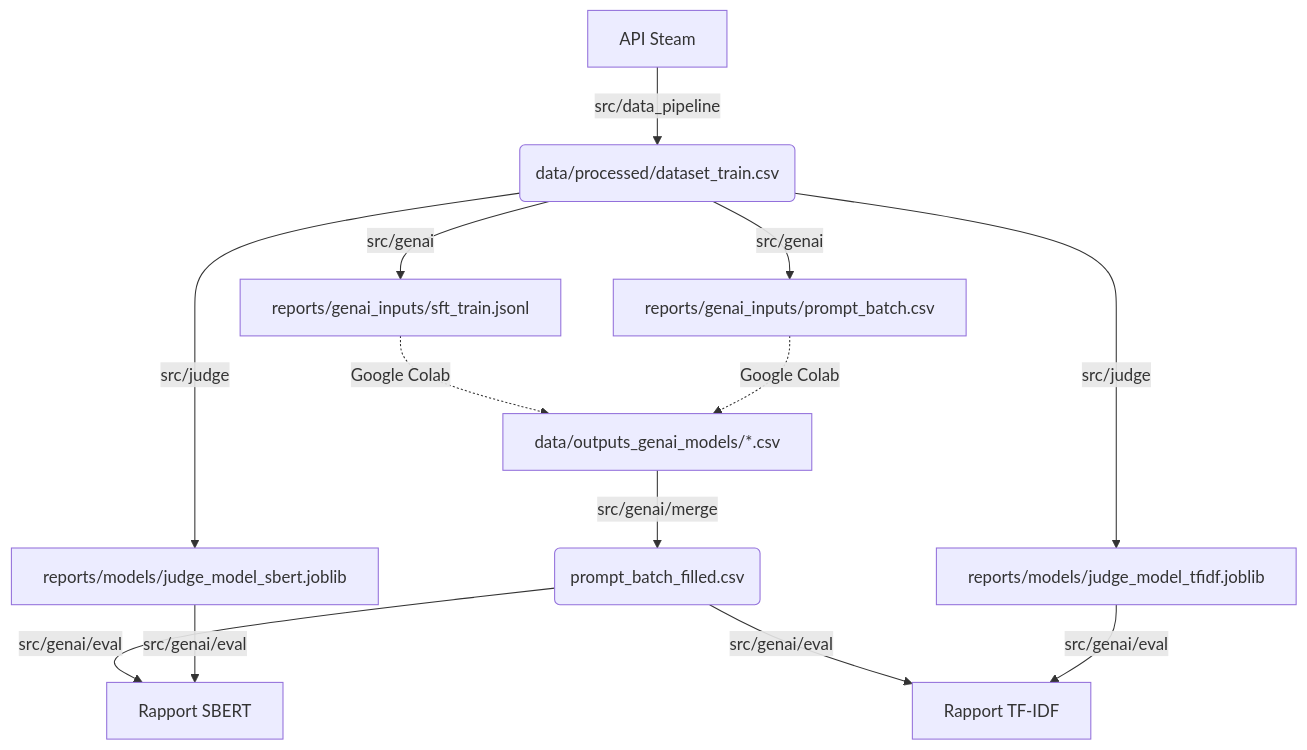
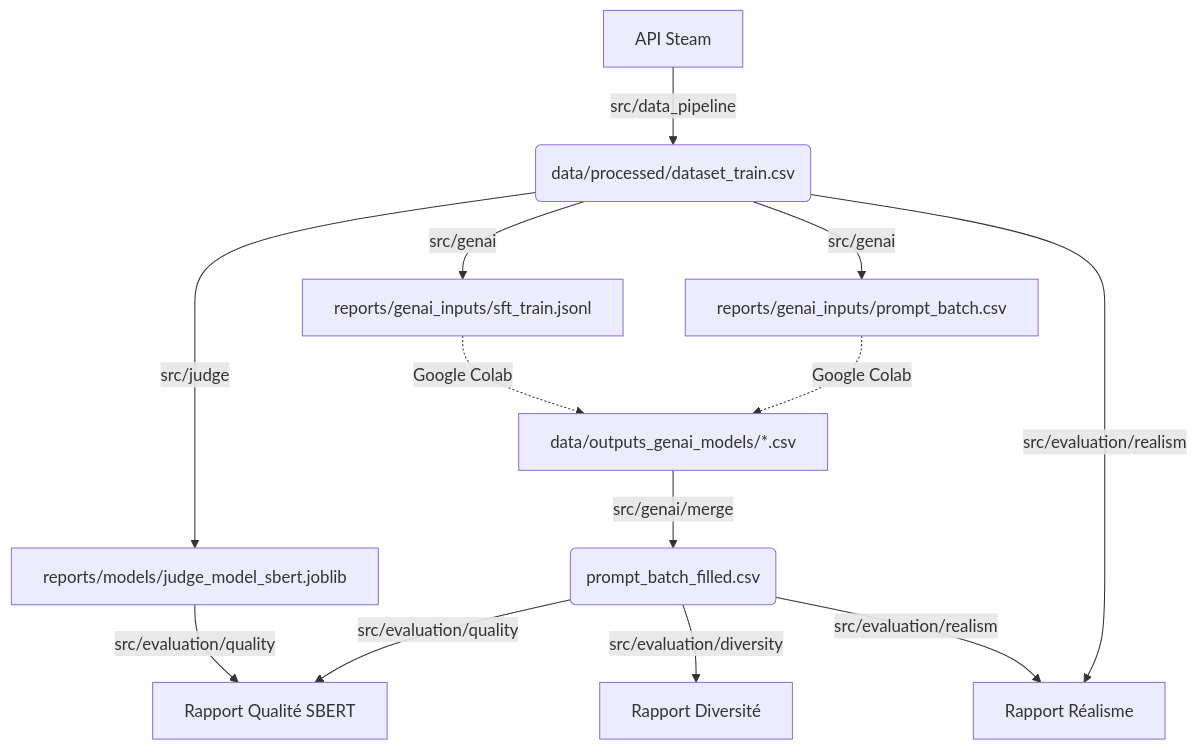
The diagram in src/USAGE.md (mlang789/steam-project), drawn with Mermaid before and after one commit. The commit also changed other lines of this file and 58 other files, not shown here.

````diff
--- a/src/USAGE.md
+++ b/src/USAGE.md
@@ -167,17 +229,17 @@
 ```mermaid
 graph TD
     A[API Steam] -->|src/data_pipeline| B(data/processed/dataset_train.csv)
     
     B -->|src/judge| C[reports/models/judge_model_sbert.joblib]
-    B -->|src/judge| D[reports/models/judge_model_tfidf.joblib]
     
     B -->|src/genai| E[reports/genai_inputs/sft_train.jsonl]
     B -->|src/genai| F[reports/genai_inputs/prompt_batch.csv]
     
     E & F -.->|Google Colab| G[data/outputs_genai_models/*.csv]
     
     G -->|src/genai/merge| H(prompt_batch_filled.csv)
     
-    H & C -->|src/genai/eval| I[Rapport SBERT]
-    H & D -->|src/genai/eval| J[Rapport TF-IDF]
+    H & C -->|src/evaluation/quality| I[Rapport Qualité SBERT]
+    H -->|src/evaluation/diversity| J[Rapport Diversité]
+    H & B -->|src/evaluation/realism| K[Rapport Réalisme]
 ```
````
